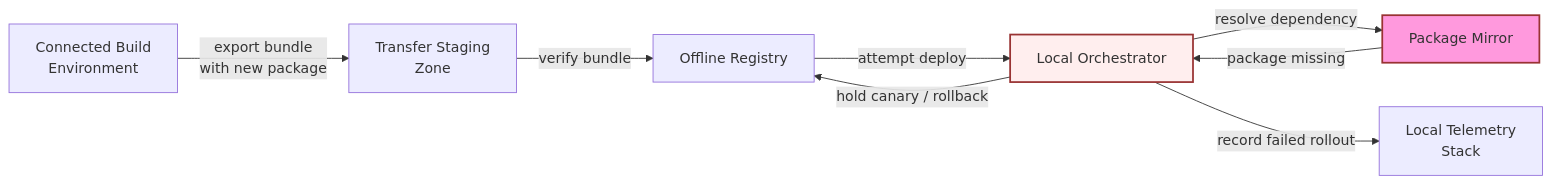
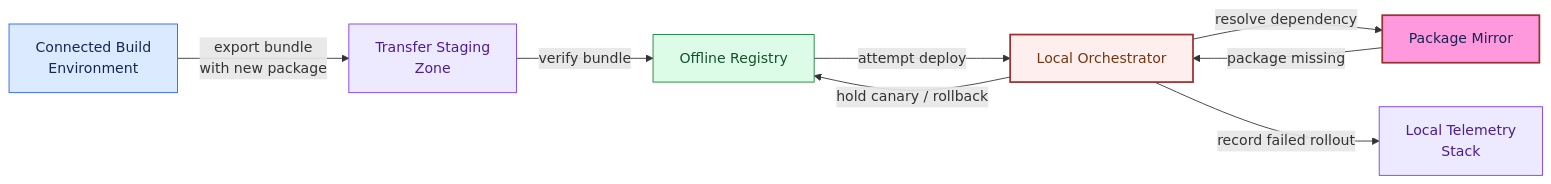
The third of 3 diagrams in site/content/modules/15-fde-case-studies/standalone-designs/air-gapped-ai-system/tutorial-v2-part-3.md (Sourav692/Forward-Deployed-Engineer-Interview-Prep), drawn with Mermaid before and after one commit. The commit also changed other lines of this file and 1268 other files, not shown here.

First line of the commit message:
content: polish Casebook writing and Mermaid diagrams (#251)

````diff
--- a/site/content/modules/15-fde-case-studies/standalone-designs/air-gapped-ai-system/tutorial-v2-part-3.md
+++ b/site/content/modules/15-fde-case-studies/standalone-designs/air-gapped-ai-system/tutorial-v2-part-3.md
@@ -112,13 +132,23 @@
 ```mermaid
 flowchart LR
     CBE["Connected Build<br/>Environment"] -->|"export bundle<br/>with new package"| TSZ["Transfer Staging<br/>Zone"]
     TSZ -->|"verify bundle"| ORP["Offline Registry"]
     ORP -->|"attempt deploy"| LO["Local Orchestrator"]
     LO -->|"resolve dependency"| PM["Package Mirror"]
     PM -->|"package missing"| LO
     LO -->|"record failed rollout"| LTS["Local Telemetry<br/>Stack"]
     LO -->|"hold canary / rollback"| ORP
 
     style PM fill:#f9d,stroke:#933,stroke-width:2px
     style LO fill:#fee,stroke:#933,stroke-width:2px
+
+    %% Casebook colours: entry, reasoning, results, controls, and stopped paths.
+    classDef cbInput fill:#dbeafe,stroke:#2563eb,color:#172554
+    class CBE,PM cbInput
+    classDef cbReason fill:#ede9fe,stroke:#7c3aed,color:#4c1d95
+    class TSZ,LTS cbReason
+    classDef cbAction fill:#dcfce7,stroke:#15803d,color:#14532d
+    class ORP cbAction
+    classDef cbPolicy fill:#fef3c7,stroke:#b45309,color:#78350f
+    class LO cbPolicy
 ```
````
